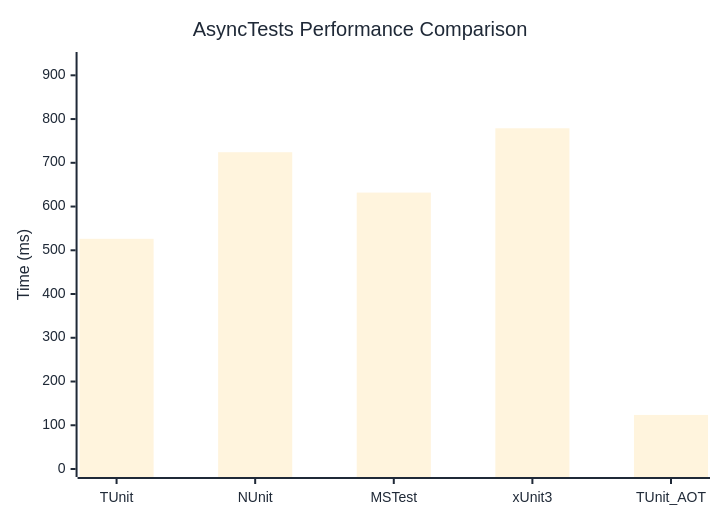
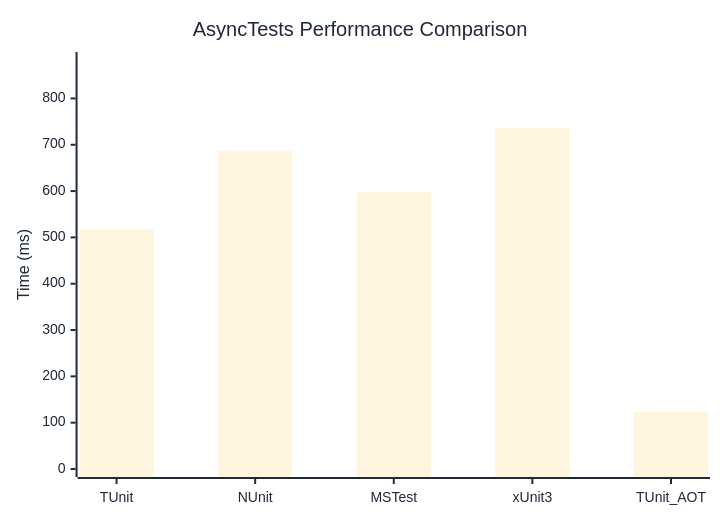
The diagram in docs/docs/benchmarks/AsyncTests.md (thomhurst/TUnit), drawn with Mermaid before and after one commit. The commit also changed other lines of this file and 17 other files, not shown here.

````diff
--- a/docs/docs/benchmarks/AsyncTests.md
+++ b/docs/docs/benchmarks/AsyncTests.md
@@ -27,37 +27,37 @@
 ```mermaid
 %%{init: {
   'theme':'base',
   'themeVariables': {
     'primaryColor': '#2563eb',
     'primaryTextColor': '#1f2937',
     'primaryBorderColor': '#1e40af',
     'lineColor': '#6b7280',
     'secondaryColor': '#7c3aed',
     'tertiaryColor': '#dc2626',
     'background': '#ffffff',
     'mainBkg': '#2563eb',
     'secondBkg': '#7c3aed',
     'tertiaryBkg': '#dc2626',
     'clusterBkg': '#f3f4f6',
     'edgeLabelBackground': '#ffffff',
     'tertiaryTextColor': '#1f2937',
     'pie1': '#2563eb',
     'pie2': '#7c3aed',
     'pie3': '#dc2626',
     'pie4': '#f59e0b',
     'pie5': '#10b981',
     'pie6': '#06b6d4',
     'pie7': '#ec4899',
     'pie8': '#6366f1',
     'pie9': '#84cc16',
     'pie10': '#f97316',
     'pie11': '#14b8a6',
     'pie12': '#a855f7'
   }
 }}%%
 xychart-beta
   title "AsyncTests Performance Comparison"
   x-axis ["TUnit", "NUnit", "MSTest", "xUnit3", "TUnit_AOT"]
-  y-axis "Time (ms)" 0 --> 935
-  bar [526.2, 724.2, 631.9, 778.9, 123.6]
+  y-axis "Time (ms)" 0 --> 883
+  bar [517.5, 687, 597, 735.5, 123.3]
 ```
````
